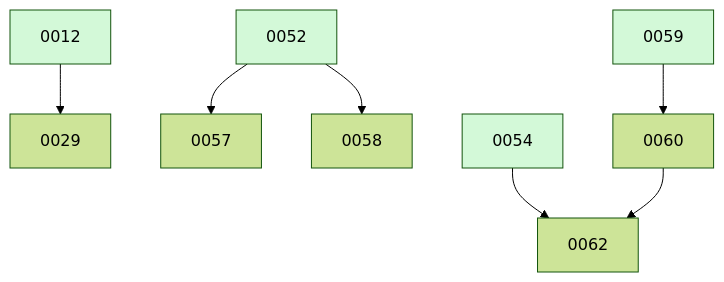
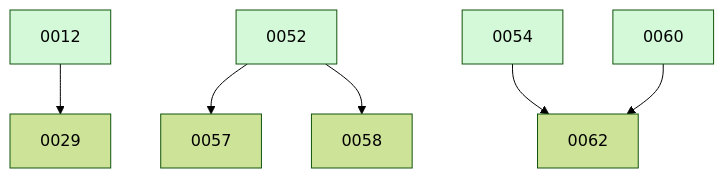
Before and after one commit to ethanhinson/fuse: the diagram in docs/changes/BOARD.md, drawn with Mermaid (forest theme). The commit also changed other lines of this file, not shown here.

````diff
--- a/docs/changes/BOARD.md
+++ b/docs/changes/BOARD.md
@@ -25,14 +19,13 @@
 ```mermaid
 graph TD
   0012 --> 0029
   0052 --> 0057
   0052 --> 0058
-  0059 --> 0060
   0054 --> 0062
   0060 --> 0062
   0012:::done
   0052:::done
   0054:::done
-  0059:::done
+  0060:::done
   classDef done fill:#d3f9d8;
 ```
````
